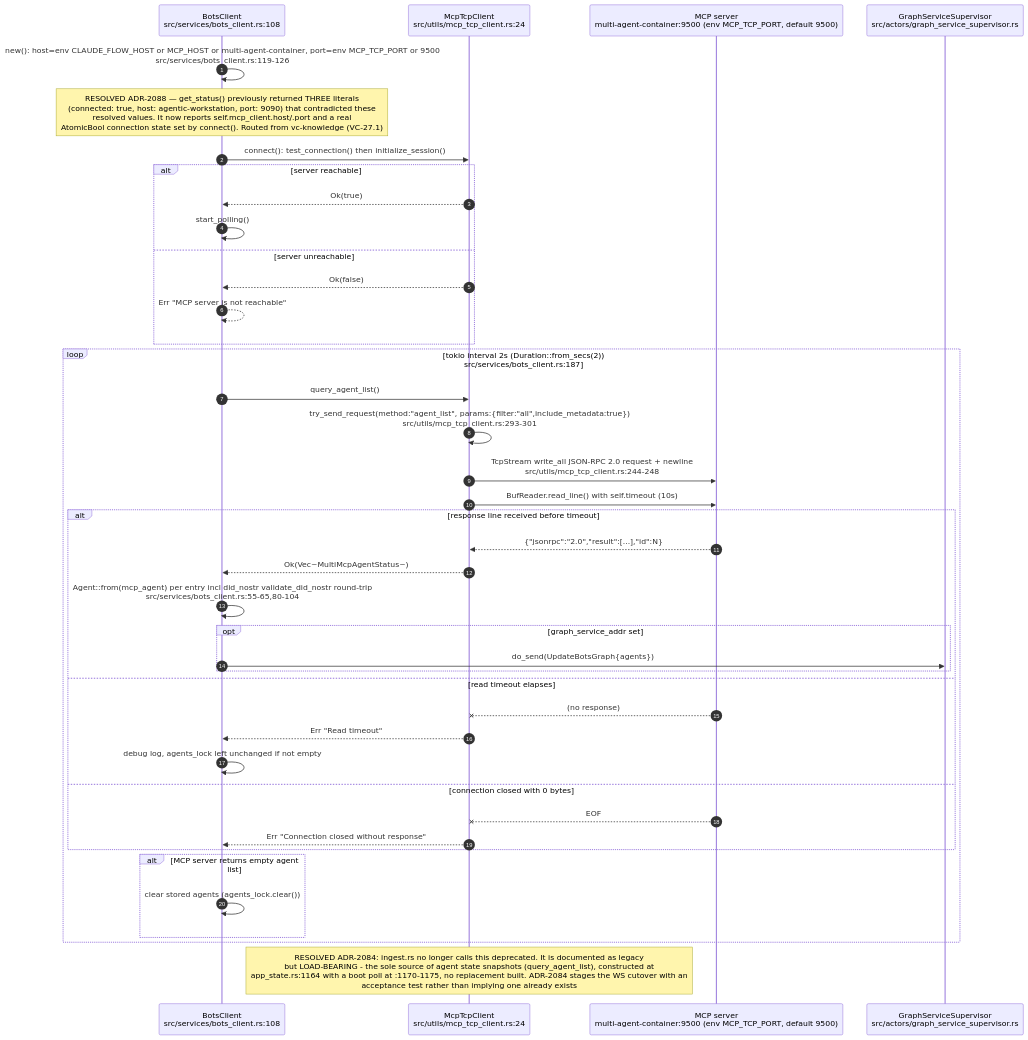
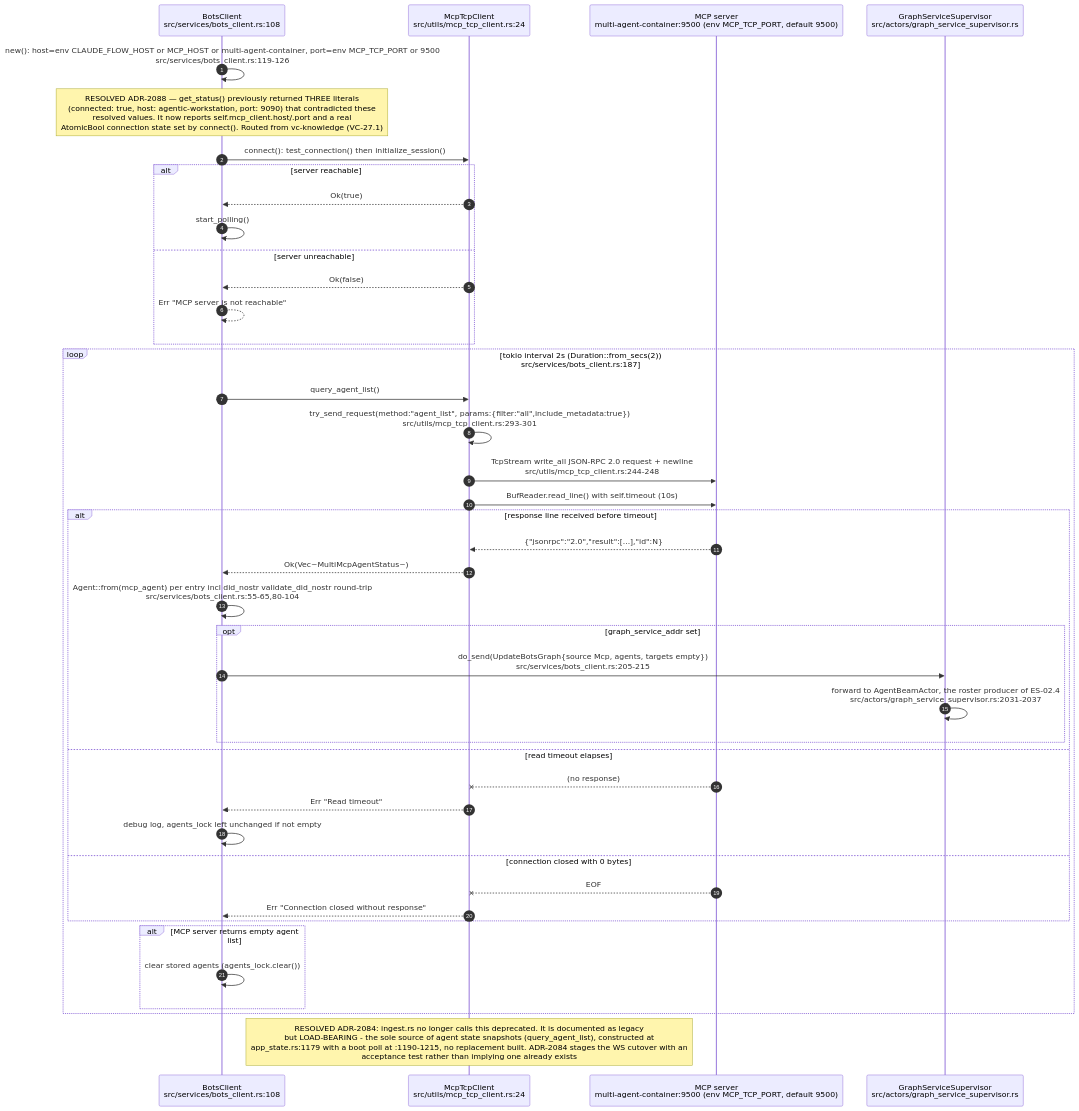
The eighth of 12 diagrams in docs/diagrams/estate/02-agent-events-agentbox-to-visionclaw.md (DreamLab-AI/VisionFlow), drawn with Mermaid before and after one commit. The commit also changed other lines of this file and 91 other files, not shown here.

````diff
--- a/docs/diagrams/estate/02-agent-events-agentbox-to-visionclaw.md
+++ b/docs/diagrams/estate/02-agent-events-agentbox-to-visionclaw.md
@@ -369,44 +391,45 @@
 ```mermaid
 sequenceDiagram
     autonumber
     participant BC as BotsClient<br/>src/services/bots_client.rs:108
     participant TCP as McpTcpClient<br/>src/utils/mcp_tcp_client.rs:24
     participant SRV as MCP server<br/>multi-agent-container:9500 (env MCP_TCP_PORT, default 9500)
     participant GSS as GraphServiceSupervisor<br/>src/actors/graph_service_supervisor.rs
 
     BC->>BC: new(): host=env CLAUDE_FLOW_HOST or MCP_HOST or multi-agent-container, port=env MCP_TCP_PORT or 9500<br/>src/services/bots_client.rs:119-126
     Note over BC: RESOLVED ADR-2088 — get_status() previously returned THREE literals<br/>(connected: true, host: agentic-workstation, port: 9090) that contradicted these<br/>resolved values. It now reports self.mcp_client.host/.port and a real<br/>AtomicBool connection state set by connect(). Routed from vc-knowledge (VC-27.1)
     BC->>TCP: connect(): test_connection() then initialize_session()
     alt server reachable
         TCP-->>BC: Ok(true)
         BC->>BC: start_polling()
     else server unreachable
         TCP-->>BC: Ok(false)
         BC-->>BC: Err "MCP server is not reachable"
     end
     loop tokio interval 2s (Duration::from_secs(2))<br/>src/services/bots_client.rs:187
         BC->>TCP: query_agent_list()
         TCP->>TCP: try_send_request(method:"agent_list", params:{filter:"all",include_metadata:true})<br/>src/utils/mcp_tcp_client.rs:293-301
         TCP->>SRV: TcpStream write_all JSON-RPC 2.0 request + newline<br/>src/utils/mcp_tcp_client.rs:244-248
         TCP->>SRV: BufReader.read_line() with self.timeout (10s)
         alt response line received before timeout
             SRV-->>TCP: {"jsonrpc":"2.0","result":[...],"id":N}
             TCP-->>BC: Ok(Vec~MultiMcpAgentStatus~)
             BC->>BC: Agent::from(mcp_agent) per entry incl did_nostr validate_did_nostr round-trip<br/>src/services/bots_client.rs:55-65,80-104
             opt graph_service_addr set
-                BC->>GSS: do_send(UpdateBotsGraph{agents})
+                BC->>GSS: do_send(UpdateBotsGraph{source Mcp, agents, targets empty})<br/>src/services/bots_client.rs:205-215
+                GSS->>GSS: forward to AgentBeamActor, the roster producer of ES-02.4<br/>src/actors/graph_service_supervisor.rs:2031-2037
             end
         else read timeout elapses
             SRV--xTCP: (no response)
             TCP-->>BC: Err "Read timeout"
             BC->>BC: debug log, agents_lock left unchanged if not empty
         else connection closed with 0 bytes
             SRV--xTCP: EOF
             TCP-->>BC: Err "Connection closed without response"
         end
         alt MCP server returns empty agent list
             BC->>BC: clear stored agents (agents_lock.clear())
         end
     end
-    Note over TCP: RESOLVED ADR-2084: ingest.rs no longer calls this deprecated. It is documented as legacy<br/>but LOAD-BEARING - the sole source of agent state snapshots (query_agent_list), constructed at<br/>app_state.rs:1164 with a boot poll at :1170-1175, no replacement built. ADR-2084 stages the WS cutover with an<br/>acceptance test rather than implying one already exists
+    Note over TCP: RESOLVED ADR-2084: ingest.rs no longer calls this deprecated. It is documented as legacy<br/>but LOAD-BEARING - the sole source of agent state snapshots (query_agent_list), constructed at<br/>app_state.rs:1179 with a boot poll at :1190-1215, no replacement built. ADR-2084 stages the WS cutover with an<br/>acceptance test rather than implying one already exists
 ```
````
